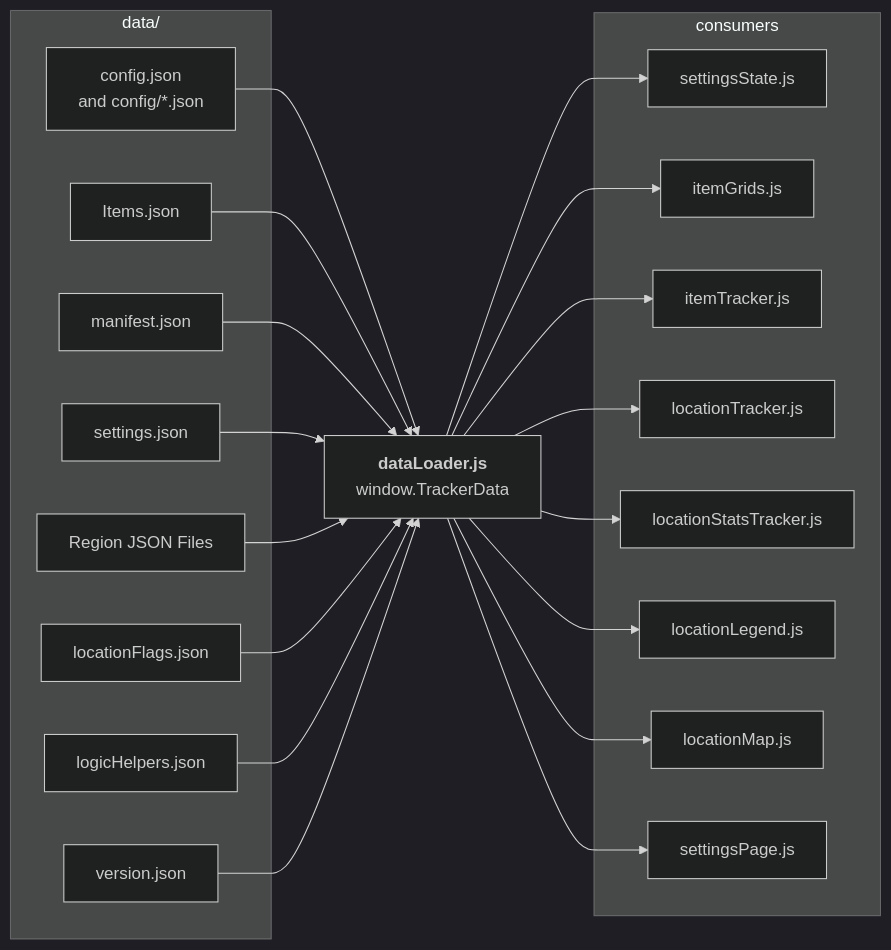
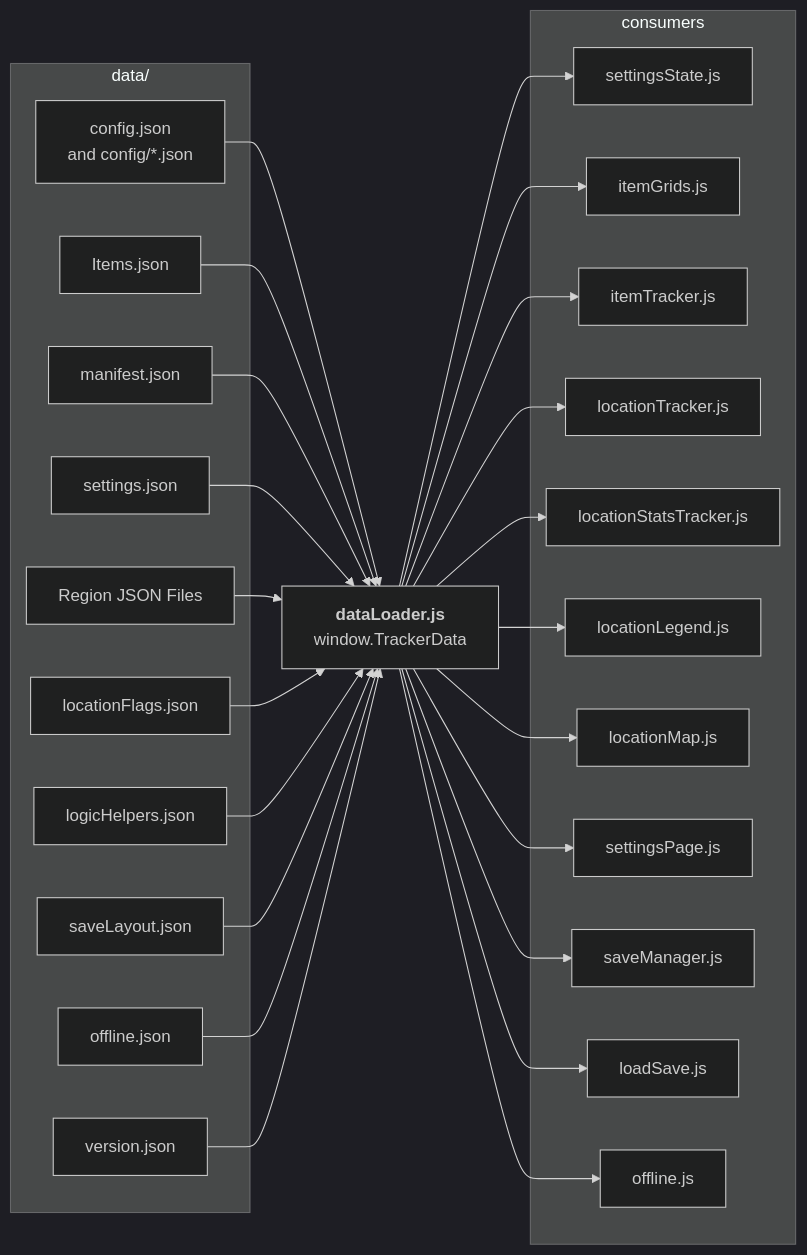
One commit to GonzaloJMora/mm3drTracker changed the fourth of 20 diagrams in documentation/architecture-diagram.md. Above: the diagram before and after it, drawn with Mermaid (dark theme). The commit also changed other lines of this file and 72 other files, not shown here.

Commit message:
Release v0.15.0: Save and load progress, offline, header redesign, and some bugfixes

````diff
--- a/documentation/architecture-diagram.md
+++ b/documentation/architecture-diagram.md
@@ -45,43 +88,54 @@
 ```mermaid
+%%{init: {"flowchart": {"rankSpacing": 30}}}%%
 flowchart LR
     subgraph D["data/"]
         CFG["config.json<br/>and config/*.json"]
         ITM["Items.json"]
         MAN["manifest.json"]
         SET["settings.json"]
         REG["Region JSON Files"]
         FLG["locationFlags.json"]
         HLP["logicHelpers.json"]
+        LAY["saveLayout.json"]
+        OFF["offline.json"]
         VER["version.json"]
     end
 
     DL["<b>dataLoader.js</b><br/>window.TrackerData"]
 
     subgraph CONS["consumers"]
         SS["settingsState.js"]
         IG["itemGrids.js"]
         IT["itemTracker.js"]
         LT["locationTracker.js"]
         LST["locationStatsTracker.js"]
         LEG["locationLegend.js"]
         LM["locationMap.js"]
         SPJ["settingsPage.js"]
+        SM["saveManager.js"]
+        LSV["loadSave.js"]
+        OFJ["offline.js"]
     end
 
     CFG --> DL
     ITM --> DL
     MAN --> DL
     SET --> DL
     REG --> DL
     FLG --> DL
     HLP --> DL
+    LAY --> DL
+    OFF --> DL
     VER --> DL
     DL --> SS
     DL --> IG
     DL --> IT
     DL --> LT
     DL --> LST
     DL --> LEG
     DL --> LM
     DL --> SPJ
+    DL --> SM
+    DL --> LSV
+    DL --> OFJ
 ```
````
